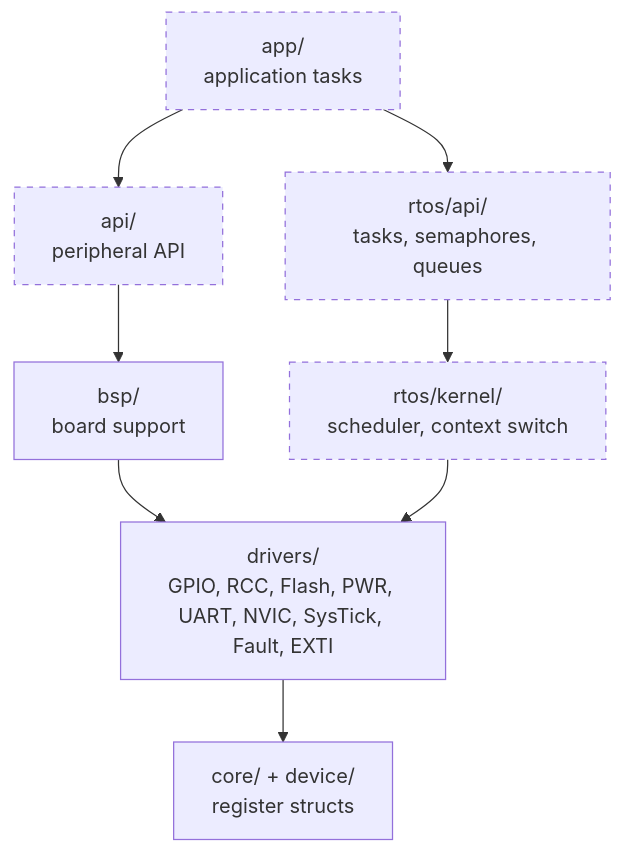
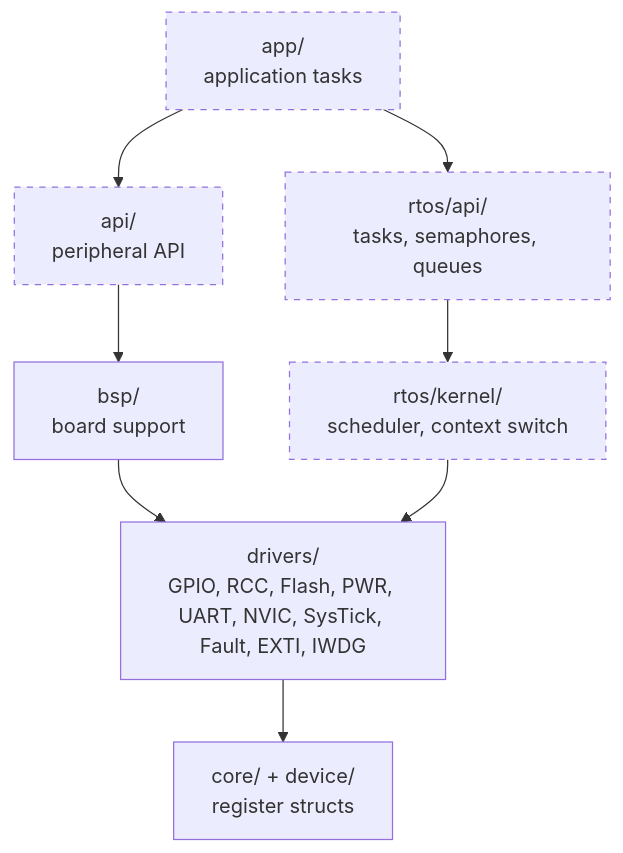
Before and after one commit to ka5j/stm32_rtos: the first of 3 diagrams in docs/ARCHITECTURE.md, drawn with Mermaid. The commit also changed other lines of this file and 17 other files, not shown here.

````diff
--- a/docs/ARCHITECTURE.md
+++ b/docs/ARCHITECTURE.md
@@ -11,19 +11,19 @@
 ```mermaid
 flowchart TD
     app["app/<br/>application tasks"]
     api["api/<br/>peripheral API"]
     rapi["rtos/api/<br/>tasks, semaphores, queues"]
     bsp["bsp/<br/>board support"]
     kernel["rtos/kernel/<br/>scheduler, context switch"]
-    drivers["drivers/<br/>GPIO, RCC, Flash, PWR, UART, NVIC, SysTick, Fault, EXTI"]
+    drivers["drivers/<br/>GPIO, RCC, Flash, PWR, UART, NVIC, SysTick, Fault, EXTI, IWDG"]
     regs["core/ + device/<br/>register structs"]
     app --> api
     app --> rapi
     api --> bsp
     rapi --> kernel
     bsp --> drivers
     kernel --> drivers
     drivers --> regs
     classDef todo stroke-dasharray: 5 5
     class app,api,rapi,kernel todo
 ```
````
